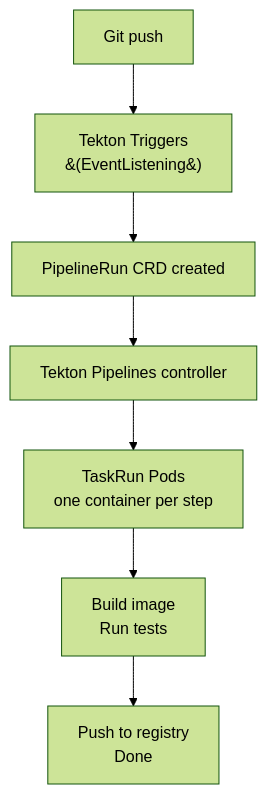
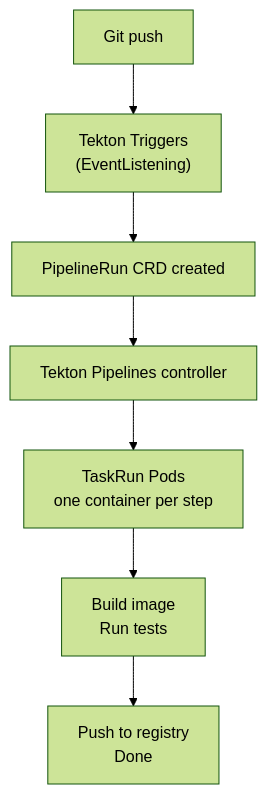
Before and after one commit to WhoisMonesh/K8S-Everything: the diagram in 11-ci-cd-gitops/tekton.md, drawn with Mermaid (forest theme). The commit also changed 15 other files, not shown here.

First line of the commit message:
Fix Mermaid parentheses syntax - use quoted labels

````diff
--- a/11-ci-cd-gitops/tekton.md
+++ b/11-ci-cd-gitops/tekton.md
@@ -29,9 +29,9 @@
 ```mermaid
 graph TD
-    A[Git push] --> B[Tekton Triggers<br/>&#40;EventListening&#41;]
+    A[Git push] --> B["Tekton Triggers<br/>(EventListening)"]
     B --> C[PipelineRun CRD created]
     C --> D[Tekton Pipelines controller]
     D --> E[TaskRun Pods<br/>one container per step]
     E --> F[Build image<br/>Run tests]
     F --> G[Push to registry<br/>Done]
 ```
````
